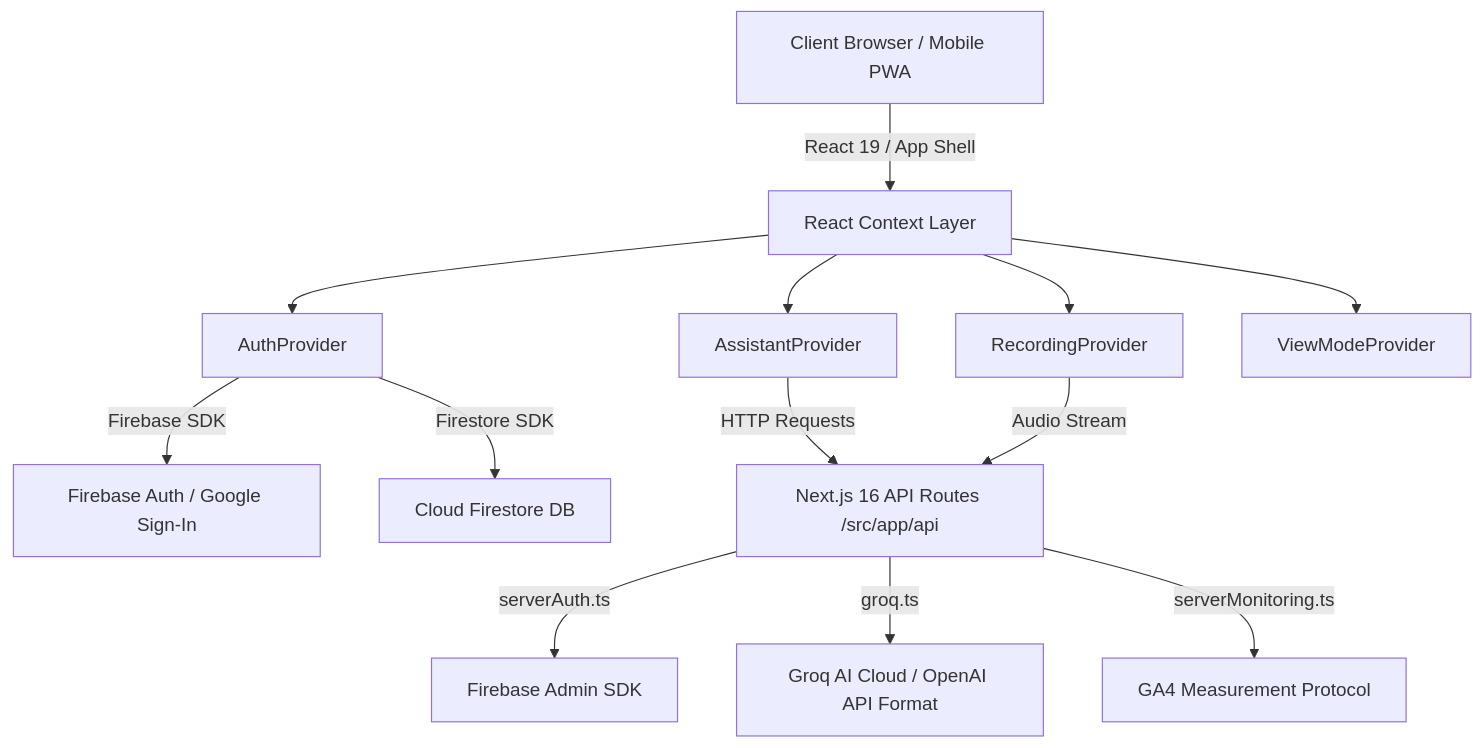
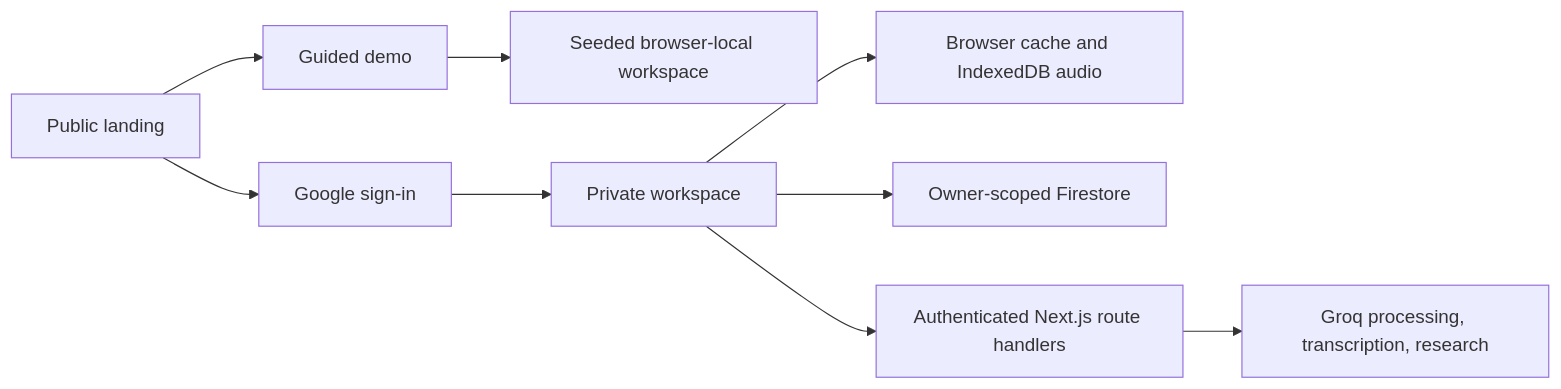
Before and after one commit to udbhavvarma/pm-os: the first of 2 diagrams in architecture.md, drawn with Mermaid. The commit also changed other lines of this file and 58 other files, not shown here.

````diff
--- a/architecture.md
+++ b/architecture.md
@@ -9,18 +5,11 @@
 ```mermaid
-graph TD
-    Client[Client Browser / Mobile PWA] -->|React 19 / App Shell| ContextLayer[React Context Layer]
-    ContextLayer --> AuthCtx[AuthProvider]
-    ContextLayer --> AssistCtx[AssistantProvider]
-    ContextLayer --> RecCtx[RecordingProvider]
-    ContextLayer --> ViewCtx[ViewModeProvider]
-
-    AuthCtx -->|Firebase SDK| FirebaseAuth[Firebase Auth / Google Sign-In]
-    AuthCtx -->|Firestore SDK| Firestore[Cloud Firestore DB]
-
-    AssistCtx -->|HTTP Requests| NextAPI[Next.js 16 API Routes /src/app/api]
-    RecCtx -->|Audio Stream| NextAPI
-
-    NextAPI -->|serverAuth.ts| AdminAuth[Firebase Admin SDK]
-    NextAPI -->|groq.ts| GroqAPI[Groq AI Cloud / OpenAI API Format]
-    NextAPI -->|serverMonitoring.ts| GA4[GA4 Measurement Protocol]
+flowchart LR
+  Landing[Public landing] --> Demo[Guided demo]
+  Landing --> Auth[Google sign-in]
+  Demo --> DemoData[Seeded browser-local workspace]
+  Auth --> Private[Private workspace]
+  Private --> Cache[Browser cache and IndexedDB audio]
+  Private --> Firestore[Owner-scoped Firestore]
+  Private --> API[Authenticated Next.js route handlers]
+  API --> Groq[Groq processing, transcription, research]
 ```
````
